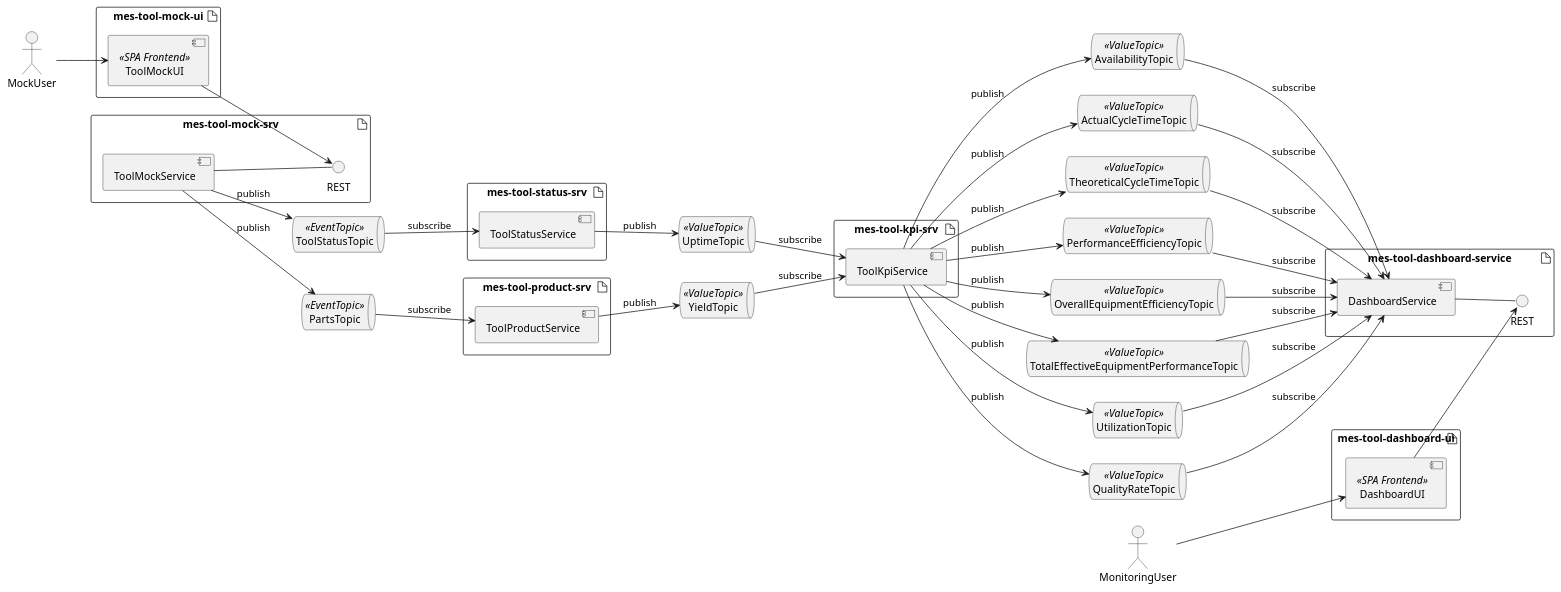
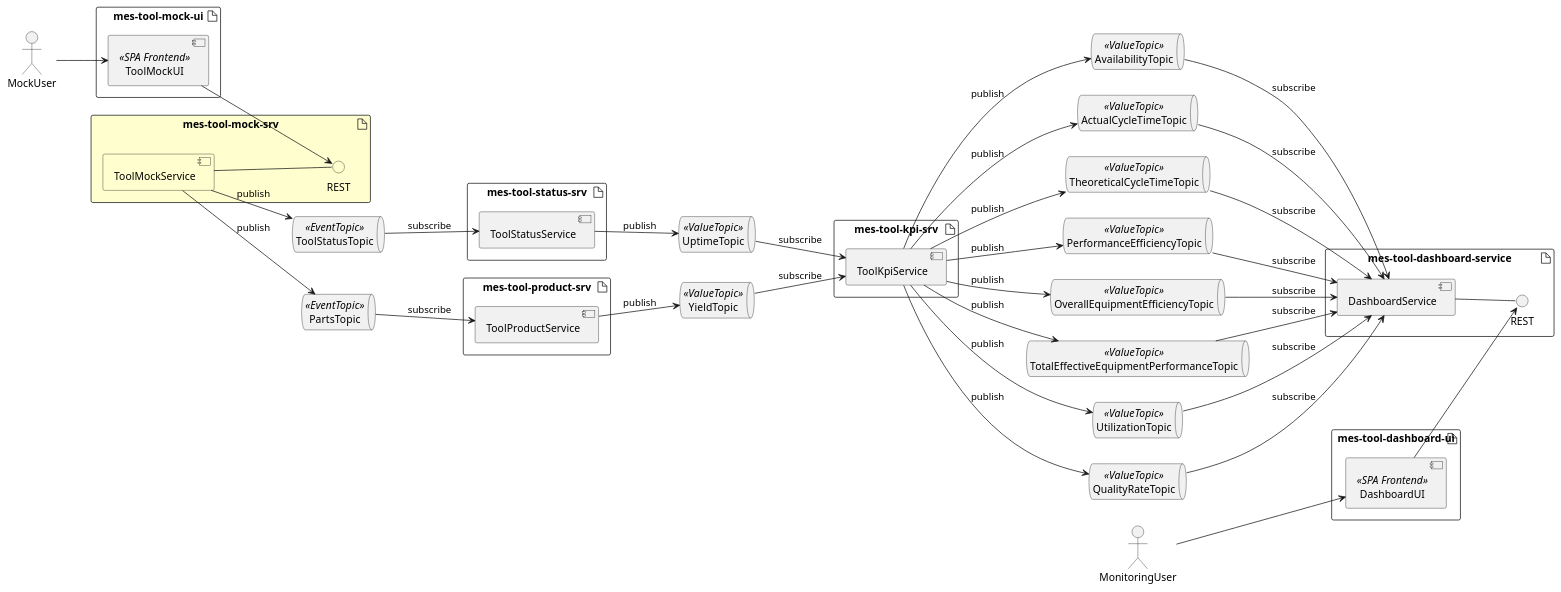
One commit to onouv/mes-tool-mock-srv changed the diagram in doc/domain/deployment.puml. Above: the diagram before and after it, drawn with PlantUML. The commit also changed 8 other files, not shown here.

Commit message:
tidy doc folder; highlight artic=fact in deployment diagram

```diff
--- a/doc/domain/deployment.puml
+++ b/doc/domain/deployment.puml
@@ -1,92 +1,92 @@
 @startuml
 left to right direction
 
 artifact "mes-tool-mock-ui" {
     component ToolMockUI <<SPA Frontend>>
 
 }
 
-artifact "mes-tool-mock-srv" {
-    component ToolMockService
-    interface REST as rest2
+artifact "mes-tool-mock-srv" #FEFECE {
+    component ToolMockService #FEFECE
+    interface REST as rest2 #FEFECE
     ToolMockService -- rest2
 }
 
 actor MockUser
 
 queue ToolStatusTopic <<EventTopic>>
 queue PartsTopic <<EventTopic>>
 queue UptimeTopic <<ValueTopic>>
 queue YieldTopic <<ValueTopic>>
 
 artifact "mes-tool-status-srv" {
     component ToolStatusService
 }
 
 artifact "mes-tool-product-srv" {
     component ToolProductService
 }
 
 artifact "mes-tool-kpi-srv" {
     component ToolKpiService
 }
 
 artifact "mes-tool-dashboard-service" {
     component DashboardService
 
     interface REST as rest3
     DashboardService -- rest3
 }
 
 artifact "mes-tool-dashboard-ui" {
     component DashboardUI <<SPA Frontend>>
 }
 
 actor MonitoringUser
 
 queue AvailabilityTopic <<ValueTopic>>
 queue ActualCycleTimeTopic <<ValueTopic>>
 queue TheoreticalCycleTimeTopic <<ValueTopic>>
 queue PerformanceEfficiencyTopic <<ValueTopic>>
 queue OverallEquipmentEfficiencyTopic <<ValueTopic>>
 queue TotalEffectiveEquipmentPerformanceTopic <<ValueTopic>>
 queue UtilizationTopic <<ValueTopic>>
 queue QualityRateTopic <<ValueTopic>>
 
 MockUser --> ToolMockUI
 ToolMockUI --> rest2
 
 ToolMockService --> ToolStatusTopic: publish
 ToolMockService --> PartsTopic: publish
 
 ToolProductService --> YieldTopic: publish
 PartsTopic --> ToolProductService: subscribe
 
 ToolStatusService --> UptimeTopic: publish
 ToolStatusTopic --> ToolStatusService: subscribe
 
 UptimeTopic --> ToolKpiService: subscribe
 YieldTopic --> ToolKpiService: subscribe
 
 ToolKpiService --> AvailabilityTopic: publish
 ToolKpiService --> ActualCycleTimeTopic: publish
 ToolKpiService --> TheoreticalCycleTimeTopic: publish
 ToolKpiService --> PerformanceEfficiencyTopic: publish
 ToolKpiService --> OverallEquipmentEfficiencyTopic: publish
 ToolKpiService --> TotalEffectiveEquipmentPerformanceTopic: publish
 ToolKpiService --> UtilizationTopic: publish
 ToolKpiService --> QualityRateTopic: publish
 
 AvailabilityTopic --> DashboardService: subscribe
 ActualCycleTimeTopic --> DashboardService: subscribe
 TheoreticalCycleTimeTopic --> DashboardService: subscribe
 PerformanceEfficiencyTopic --> DashboardService: subscribe
 OverallEquipmentEfficiencyTopic --> DashboardService: subscribe
 TotalEffectiveEquipmentPerformanceTopic --> DashboardService: subscribe
 UtilizationTopic --> DashboardService: subscribe
 QualityRateTopic --> DashboardService: subscribe
 
 DashboardUI --> rest3
 MonitoringUser --> DashboardUI
 
 @enduml
```
